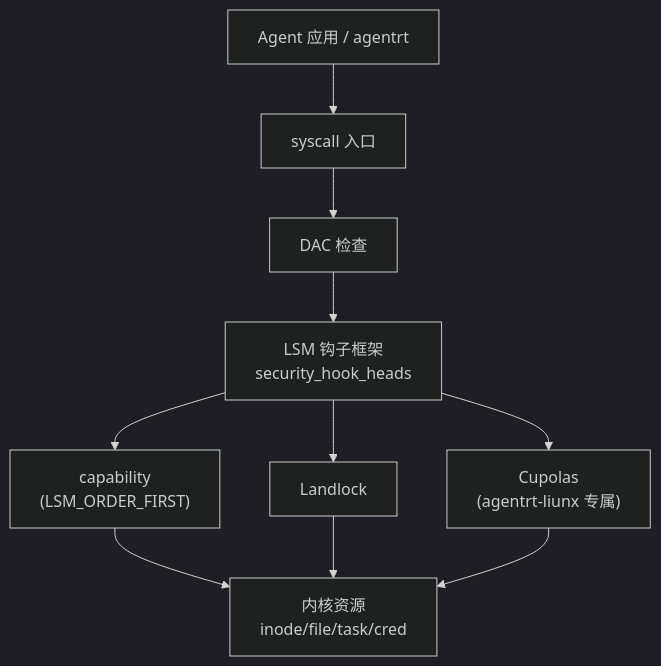
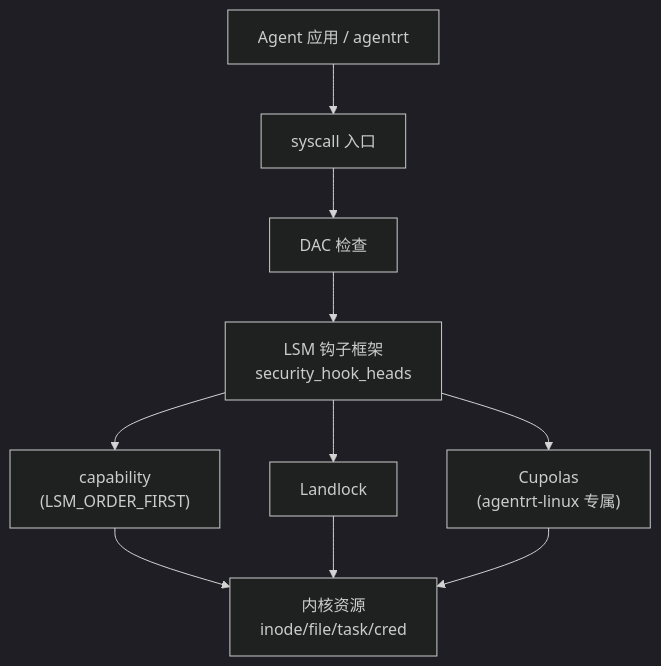
The first of 2 diagrams in AirymaxOS/110-security/01-lsm-framework.md (openairymax/docs), drawn with Mermaid (dark theme) before and after one commit. The commit also changed other lines of this file and 75 other files, not shown here.

````diff
--- a/AirymaxOS/110-security/01-lsm-framework.md
+++ b/AirymaxOS/110-security/01-lsm-framework.md
@@ -55,12 +55,12 @@
 ```mermaid
 flowchart TB
     APP["Agent 应用 / agentrt"] --> SYSCALL["syscall 入口"]
     SYSCALL --> DAC["DAC 检查"]
     DAC --> LSM["LSM 钩子框架<br/>security_hook_heads"]
     LSM --> CAP["capability<br/>(LSM_ORDER_FIRST)"]
     LSM --> LANDLOCK["Landlock"]
-    LSM --> CUPOLAS["Cupolas<br/>(agentrt-liunx 专属)"]
+    LSM --> CUPOLAS["Cupolas<br/>(agentrt-linux 专属)"]
     CAP --> KRES["内核资源<br/>inode/file/task/cred"]
     LANDLOCK --> KRES
     CUPOLAS --> KRES
 ```
````
